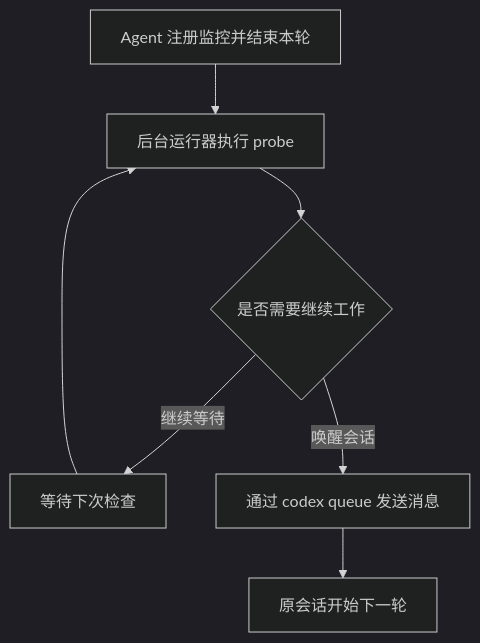
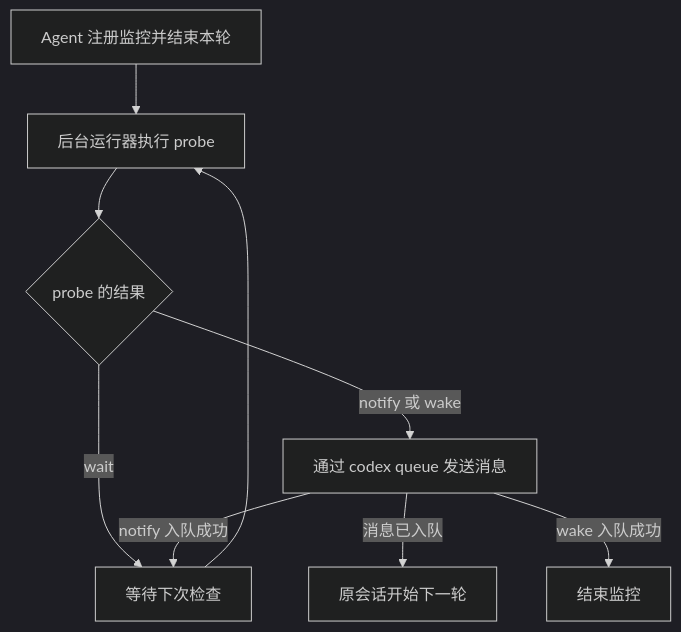
One commit to HAL-42/agent-wakeup changed the diagram in SKILL.md. Above: the diagram before and after it, drawn with Mermaid (dark theme). The commit also changed other lines of this file and 6 other files, not shown here.

Commit message:
probe: ✨ 支持 notify 通知后继续监控

````diff
--- a/SKILL.md
+++ b/SKILL.md
@@ -27,9 +29,11 @@
 ```mermaid
 flowchart TD
     A[Agent 注册监控并结束本轮] --> B[后台运行器执行 probe]
-    B --> C{是否需要继续工作}
-    C -->|继续等待| D[等待下次检查]
+    B --> C{probe 的结果}
+    C -->|wait| D[等待下次检查]
     D --> B
-    C -->|唤醒会话| E[通过 codex queue 发送消息]
-    E --> F[原会话开始下一轮]
+    C -->|notify 或 wake| E[通过 codex queue 发送消息]
+    E -->|消息已入队| F[原会话开始下一轮]
+    E -->|notify 入队成功| D
+    E -->|wake 入队成功| G[结束监控]
 ```
````
